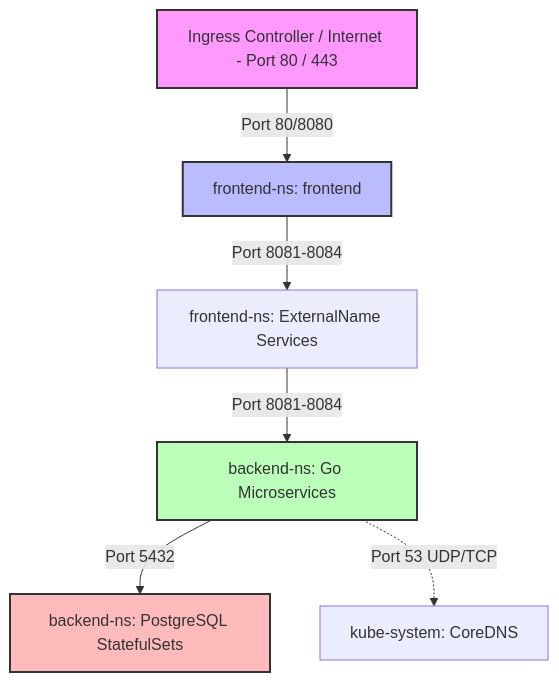
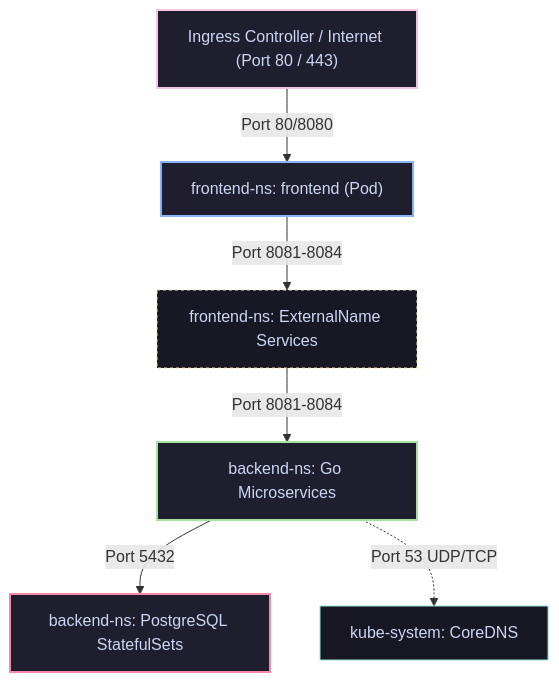
Before and after one commit to Xoxonin/cinema-system: the diagram in bezpieczenstwo_i_mechanizmy.md, drawn with Mermaid.

Commit message:
style: update mermaid architecture diagram colors to catppuccin mocha theme for dark mode readability

````diff
--- a/bezpieczenstwo_i_mechanizmy.md
+++ b/bezpieczenstwo_i_mechanizmy.md
@@ -35,13 +35,15 @@
 ```mermaid
 graph TD
-    IngressController[Ingress Controller / Internet - Port 80 / 443] -->|Port 80/8080| Frontend[frontend-ns: frontend]
-    Frontend -->|Port 8081-8084| ExternalNames[frontend-ns: ExternalName Services]
-    ExternalNames -->|Port 8081-8084| Backends[backend-ns: Go Microservices]
-    Backends -->|Port 5432| Databases[backend-ns: PostgreSQL StatefulSets]
-    Backends -.->|Port 53 UDP/TCP| CoreDNS[kube-system: CoreDNS]
+    IngressController["Ingress Controller / Internet (Port 80 / 443)"] -->|Port 80/8080| Frontend["frontend-ns: frontend (Pod)"]
+    Frontend -->|Port 8081-8084| ExternalNames["frontend-ns: ExternalName Services"]
+    ExternalNames -->|Port 8081-8084| Backends["backend-ns: Go Microservices"]
+    Backends -->|Port 5432| Databases["backend-ns: PostgreSQL StatefulSets"]
+    Backends -.->|Port 53 UDP/TCP| CoreDNS["kube-system: CoreDNS"]
 
-    style IngressController fill:#f9f,stroke:#333,stroke-width:2px
-    style Frontend fill:#bbf,stroke:#333,stroke-width:2px
-    style Backends fill:#bfb,stroke:#333,stroke-width:2px
-    style Databases fill:#fbb,stroke:#333,stroke-width:2px
+    style IngressController fill:#1e1e2e,stroke:#f5c2e7,color:#cdd6f4,stroke-width:2px
+    style Frontend fill:#1e1e2e,stroke:#89b4fa,color:#cdd6f4,stroke-width:2px
+    style ExternalNames fill:#181825,stroke:#f9e2af,color:#cdd6f4,stroke-width:1px,stroke-dasharray: 3 3
+    style Backends fill:#1e1e2e,stroke:#a6e3a1,color:#cdd6f4,stroke-width:2px
+    style Databases fill:#1e1e2e,stroke:#f38ba8,color:#cdd6f4,stroke-width:2px
+    style CoreDNS fill:#181825,stroke:#94e2d5,color:#cdd6f4,stroke-width:1px
 ```
````
